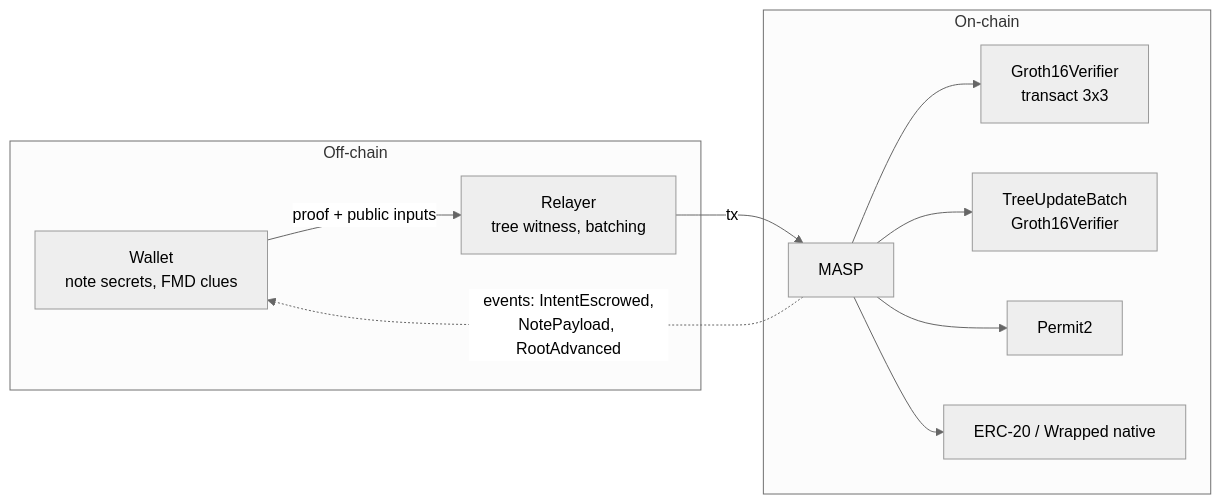
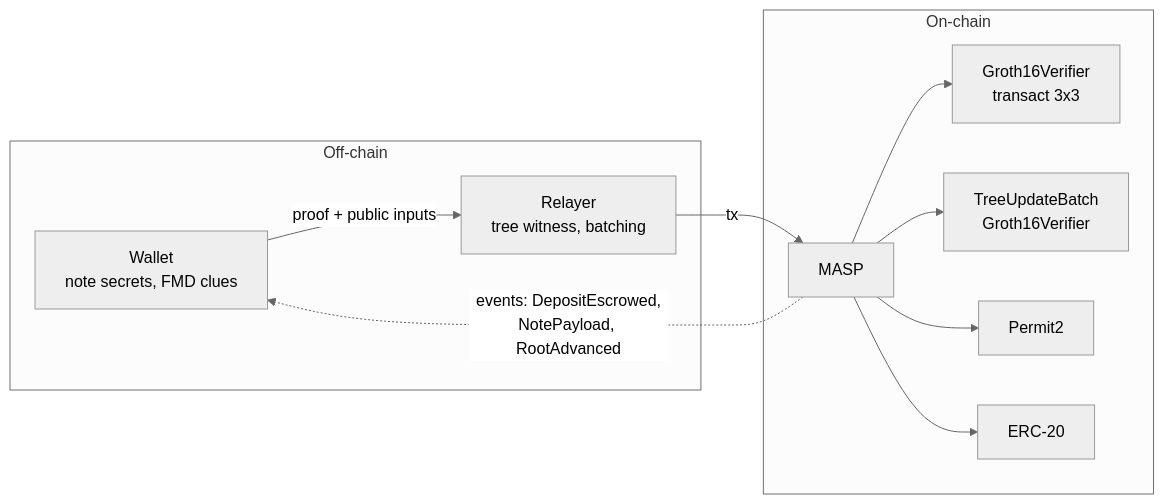
Before and after one commit to lelantos-org/contracts: the first of 10 diagrams in src/README.md, drawn with Mermaid (neutral theme). The commit also changed other lines of this file and 93 other files, not shown here.

````diff
--- a/src/README.md
+++ b/src/README.md
@@ -42,23 +43,23 @@
 ```mermaid
 flowchart LR
   subgraph OFFCHAIN["Off-chain"]
     W["Wallet<br/>note secrets, FMD clues"]
     R["Relayer<br/>tree witness, batching"]
   end
 
   subgraph ONCHAIN["On-chain"]
     M["MASP"]
     V1["Groth16Verifier<br/>transact 3x3"]
     V2["TreeUpdateBatch<br/>Groth16Verifier"]
     P2["Permit2"]
-    T["ERC-20 / Wrapped native"]
+    T["ERC-20"]
   end
 
   W -->|"proof + public inputs"| R
   R -->|"tx"| M
   M --> V1
   M --> V2
   M --> P2
   M --> T
-  M -.->|"events: IntentEscrowed,<br/>NotePayload, RootAdvanced"| W
+  M -.->|"events: DepositEscrowed,<br/>NotePayload, RootAdvanced"| W
 ```
````
